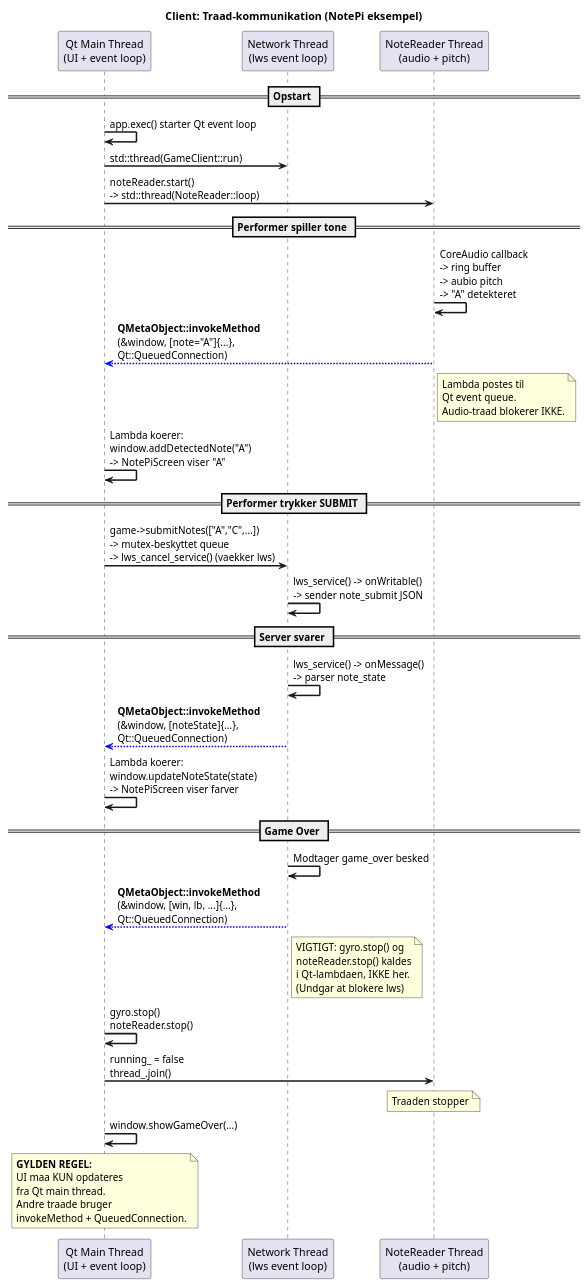
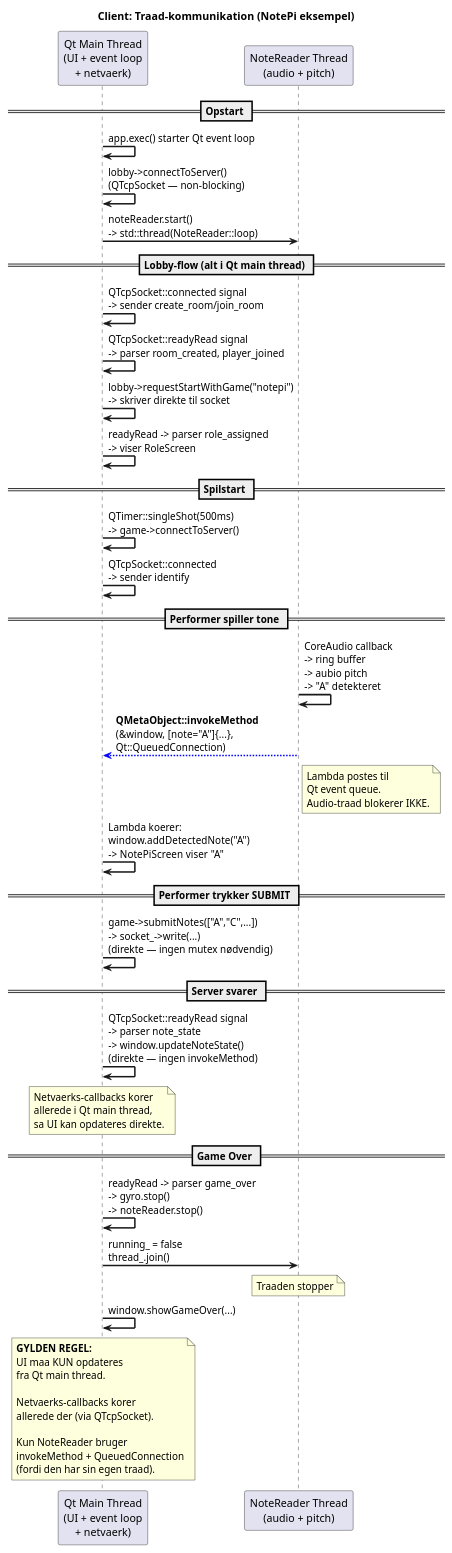
One commit to MaltheWinther/ClaudeCode changed the diagram in rppi/docs/sequence-client-threads.puml. Above: the diagram before and after it, drawn with PlantUML. The commit also changed 14 other files, not shown here.

First line of the commit message:
Update docs and diagrams for Qt Network migration, add system sequence diagram

```diff
--- a/rppi/docs/sequence-client-threads.puml
+++ b/rppi/docs/sequence-client-threads.puml
@@ -1,51 +1,51 @@
 @startuml Client Thread Model
 
 title Client: Traad-kommunikation (NotePi eksempel)
 
 skinparam sequenceArrowThickness 2
 skinparam participantPadding 10
 
-participant "Qt Main Thread\n(UI + event loop)" as QT
-participant "Network Thread\n(lws event loop)" as NET
+participant "Qt Main Thread\n(UI + event loop\n+ netvaerk)" as QT
 participant "NoteReader Thread\n(audio + pitch)" as AUDIO
 
 == Opstart ==
 QT -> QT: app.exec() starter Qt event loop
-QT -> NET: std::thread(GameClient::run)
+QT -> QT: lobby->connectToServer()\n(QTcpSocket — non-blocking)
 QT -> AUDIO: noteReader.start()\n-> std::thread(NoteReader::loop)
+
+== Lobby-flow (alt i Qt main thread) ==
+QT -> QT: QTcpSocket::connected signal\n-> sender create_room/join_room
+QT -> QT: QTcpSocket::readyRead signal\n-> parser room_created, player_joined
+QT -> QT: lobby->requestStartWithGame("notepi")\n-> skriver direkte til socket
+QT -> QT: readyRead -> parser role_assigned\n-> viser RoleScreen
+
+== Spilstart ==
+QT -> QT: QTimer::singleShot(500ms)\n-> game->connectToServer()
+QT -> QT: QTcpSocket::connected\n-> sender identify
 
 == Performer spiller tone ==
 AUDIO -> AUDIO: CoreAudio callback\n-> ring buffer\n-> aubio pitch\n-> "A" detekteret
 
 AUDIO -[#blue]-> QT: **QMetaObject::invokeMethod**\n(&window, [note="A"]{...},\nQt::QueuedConnection)
 note right of AUDIO: Lambda postes til\nQt event queue.\nAudio-traad blokerer IKKE.
 
 QT -> QT: Lambda koerer:\nwindow.addDetectedNote("A")\n-> NotePiScreen viser "A"
 
 == Performer trykker SUBMIT ==
-QT -> NET: game->submitNotes(["A","C",...])\n-> mutex-beskyttet queue\n-> lws_cancel_service() (vaekker lws)
-
-NET -> NET: lws_service() -> onWritable()\n-> sender note_submit JSON
+QT -> QT: game->submitNotes(["A","C",...])\n-> socket_->write(...)\n(direkte — ingen mutex nødvendig)
 
 == Server svarer ==
-NET -> NET: lws_service() -> onMessage()\n-> parser note_state
+QT -> QT: QTcpSocket::readyRead signal\n-> parser note_state\n-> window.updateNoteState()\n(direkte — ingen invokeMethod)
 
-NET -[#blue]-> QT: **QMetaObject::invokeMethod**\n(&window, [noteState]{...},\nQt::QueuedConnection)
-
-QT -> QT: Lambda koerer:\nwindow.updateNoteState(state)\n-> NotePiScreen viser farver
+note over QT: Netvaerks-callbacks korer\nallerede i Qt main thread,\nsa UI kan opdateres direkte.
 
 == Game Over ==
-NET -> NET: Modtager game_over besked
-
-NET -[#blue]-> QT: **QMetaObject::invokeMethod**\n(&window, [win, lb, ...]{...},\nQt::QueuedConnection)
-note right of NET: VIGTIGT: gyro.stop() og\nnoteReader.stop() kaldes\ni Qt-lambdaen, IKKE her.\n(Undgar at blokere lws)
-
-QT -> QT: gyro.stop()\nnoteReader.stop()
+QT -> QT: readyRead -> parser game_over\n-> gyro.stop()\n-> noteReader.stop()
 QT -> AUDIO: running_ = false\nthread_.join()
 note over AUDIO: Traaden stopper
 
 QT -> QT: window.showGameOver(...)
 
-note over QT: **GYLDEN REGEL:**\nUI maa KUN opdateres\nfra Qt main thread.\nAndre traade bruger\ninvokeMethod + QueuedConnection.
+note over QT: **GYLDEN REGEL:**\nUI maa KUN opdateres\nfra Qt main thread.\n\nNetvaerks-callbacks korer\nallerede der (via QTcpSocket).\n\nKun NoteReader bruger\ninvokeMethod + QueuedConnection\n(fordi den har sin egen traad).
 
 @enduml
```
